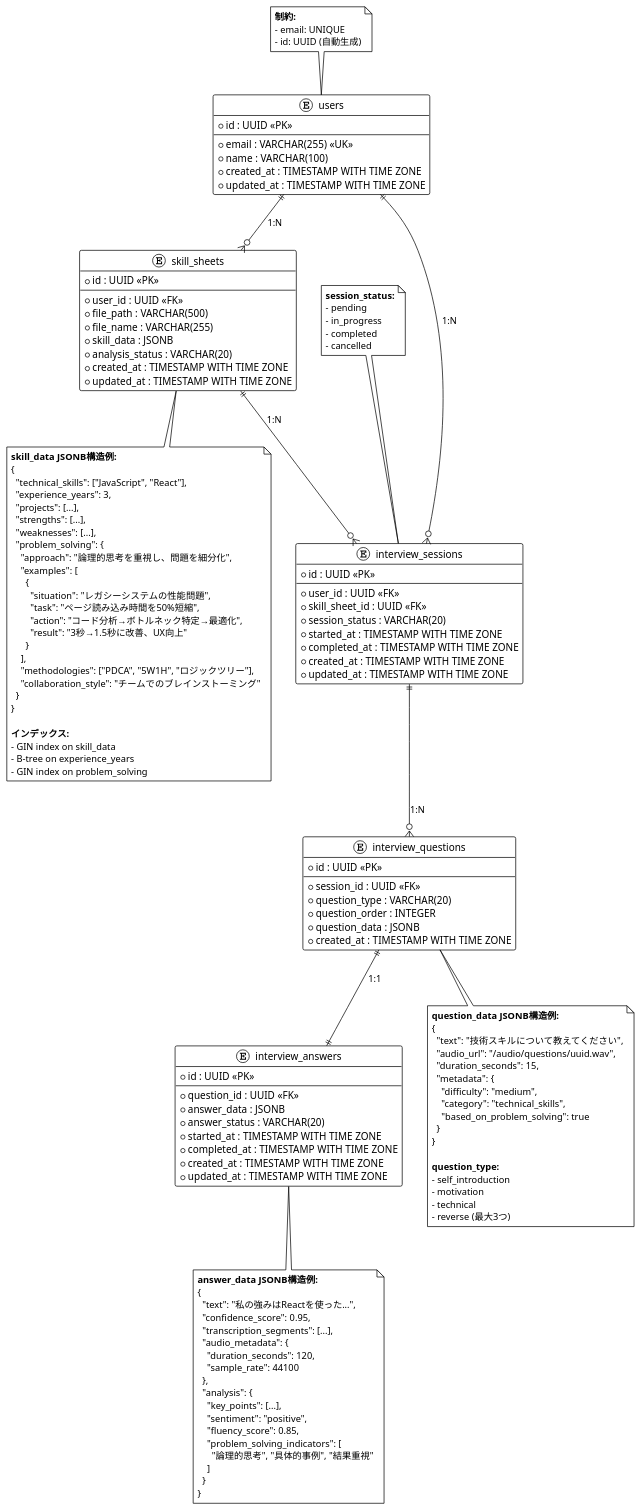
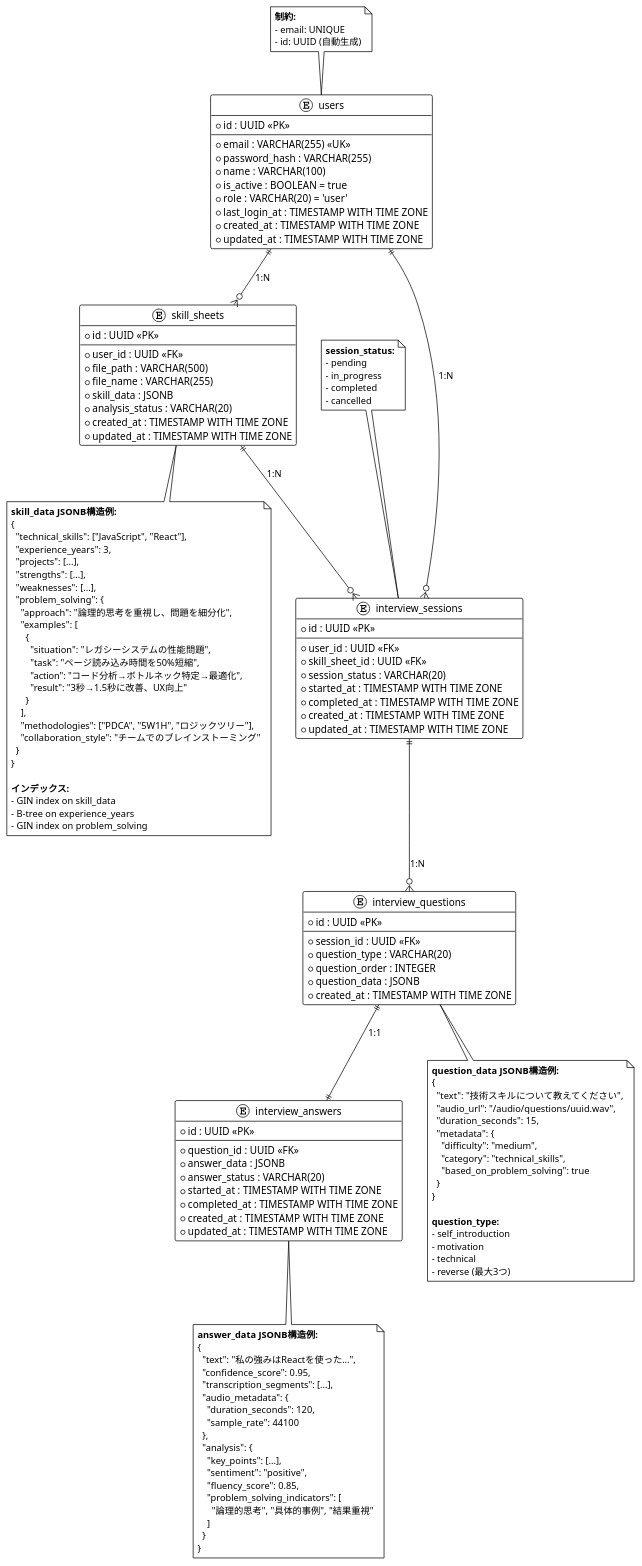
Before and after one commit to slcwr/speech-to-text: the diagram in er_diagram.puml, drawn with PlantUML. The commit also changed 119 other files, not shown here.

```diff
--- a/er_diagram.puml
+++ b/er_diagram.puml
@@ -1,151 +1,155 @@
 @startuml
 !theme plain
 
 entity "users" as users {
   * id : UUID <<PK>>
   --
   * email : VARCHAR(255) <<UK>>
+  * password_hash : VARCHAR(255)
   * name : VARCHAR(100)
+  * is_active : BOOLEAN = true
+  * role : VARCHAR(20) = 'user'
+  * last_login_at : TIMESTAMP WITH TIME ZONE
   * created_at : TIMESTAMP WITH TIME ZONE
   * updated_at : TIMESTAMP WITH TIME ZONE
 }
 
 entity "skill_sheets" as skill_sheets {
   * id : UUID <<PK>>
   --
   * user_id : UUID <<FK>>
   * file_path : VARCHAR(500)
   * file_name : VARCHAR(255)
   * skill_data : JSONB
   * analysis_status : VARCHAR(20)
   * created_at : TIMESTAMP WITH TIME ZONE
   * updated_at : TIMESTAMP WITH TIME ZONE
 }
 
 entity "interview_sessions" as interview_sessions {
   * id : UUID <<PK>>
   --
   * user_id : UUID <<FK>>
   * skill_sheet_id : UUID <<FK>>
   * session_status : VARCHAR(20)
   * started_at : TIMESTAMP WITH TIME ZONE
   * completed_at : TIMESTAMP WITH TIME ZONE
   * created_at : TIMESTAMP WITH TIME ZONE
   * updated_at : TIMESTAMP WITH TIME ZONE
 }
 
 entity "interview_questions" as interview_questions {
   * id : UUID <<PK>>
   --
   * session_id : UUID <<FK>>
   * question_type : VARCHAR(20)
   * question_order : INTEGER
   * question_data : JSONB
   * created_at : TIMESTAMP WITH TIME ZONE
 }
 
 entity "interview_answers" as interview_answers {
   * id : UUID <<PK>>
   --
   * question_id : UUID <<FK>>
   * answer_data : JSONB
   * answer_status : VARCHAR(20)
   * started_at : TIMESTAMP WITH TIME ZONE
   * completed_at : TIMESTAMP WITH TIME ZONE
   * created_at : TIMESTAMP WITH TIME ZONE
   * updated_at : TIMESTAMP WITH TIME ZONE
 }
 
 ' リレーションシップ
 users ||--o{ skill_sheets : "1:N"
 users ||--o{ interview_sessions : "1:N"
 skill_sheets ||--o{ interview_sessions : "1:N"
 interview_sessions ||--o{ interview_questions : "1:N"
 interview_questions ||--|| interview_answers : "1:1"
 
 ' 制約とインデックス情報
 note bottom of skill_sheets
   **skill_data JSONB構造例:**
   {
     "technical_skills": ["JavaScript", "React"],
     "experience_years": 3,
     "projects": [...],
     "strengths": [...],
     "weaknesses": [...],
     "problem_solving": {
       "approach": "論理的思考を重視し、問題を細分化",
       "examples": [
         {
           "situation": "レガシーシステムの性能問題",
           "task": "ページ読み込み時間を50%短縮",
           "action": "コード分析→ボトルネック特定→最適化",
           "result": "3秒→1.5秒に改善、UX向上"
         }
       ],
       "methodologies": ["PDCA", "5W1H", "ロジックツリー"],
       "collaboration_style": "チームでのブレインストーミング"
     }
   }
   
   **インデックス:**
   - GIN index on skill_data
   - B-tree on experience_years
   - GIN index on problem_solving
 end note
 
 note bottom of interview_questions
   **question_data JSONB構造例:**
   {
     "text": "技術スキルについて教えてください",
     "audio_url": "/audio/questions/uuid.wav",
     "duration_seconds": 15,
     "metadata": {
       "difficulty": "medium",
       "category": "technical_skills",
       "based_on_problem_solving": true
     }
   }
   
   **question_type:**
   - self_introduction
   - motivation
   - technical
   - reverse (最大3つ)
 end note
 
 note bottom of interview_answers
   **answer_data JSONB構造例:**
   {
     "text": "私の強みはReactを使った...",
     "confidence_score": 0.95,
     "transcription_segments": [...],
     "audio_metadata": {
       "duration_seconds": 120,
       "sample_rate": 44100
     },
     "analysis": {
       "key_points": [...],
       "sentiment": "positive",
       "fluency_score": 0.85,
       "problem_solving_indicators": [
         "論理的思考", "具体的事例", "結果重視"
       ]
     }
   }
 end note
 
 note top of users
   **制約:**
   - email: UNIQUE
   - id: UUID (自動生成)
 end note
 
 note top of interview_sessions
   **session_status:**
   - pending
   - in_progress
   - completed
   - cancelled
 end note
 
 @enduml
```
